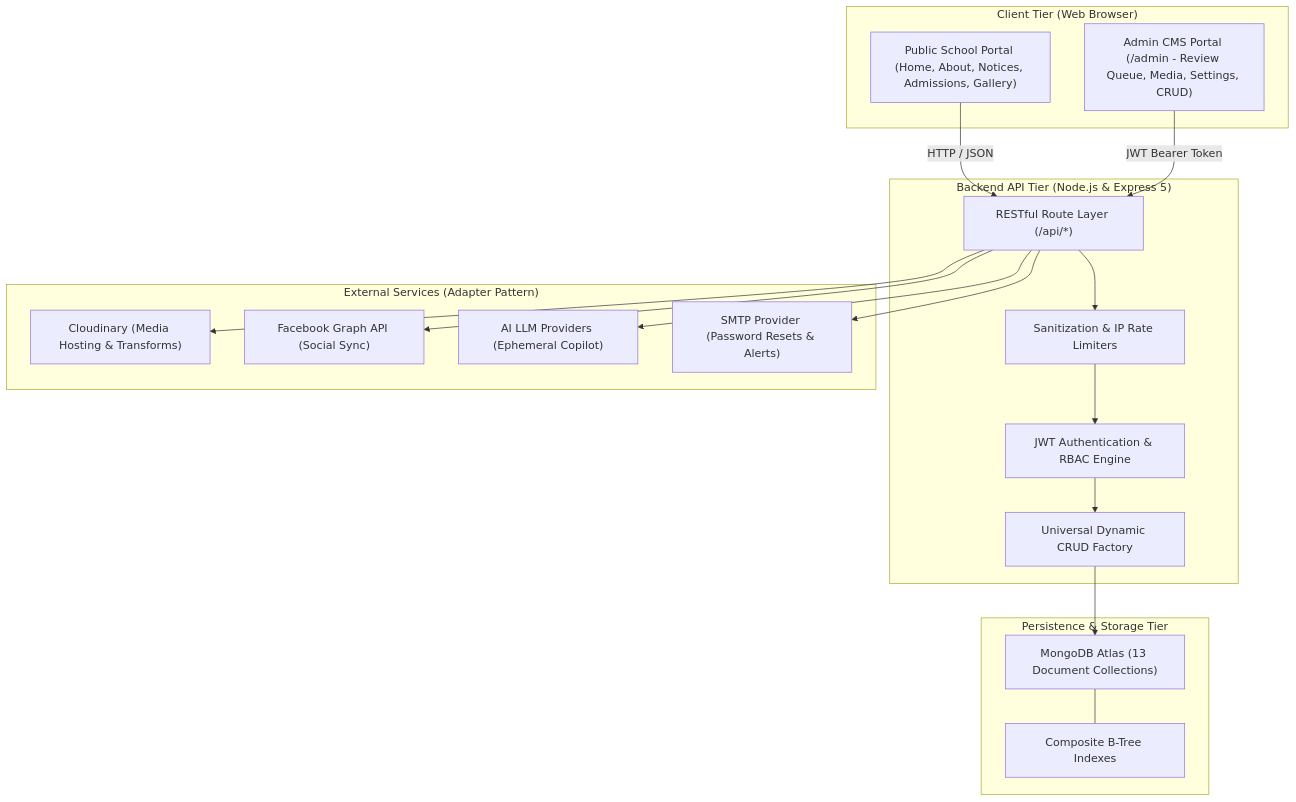
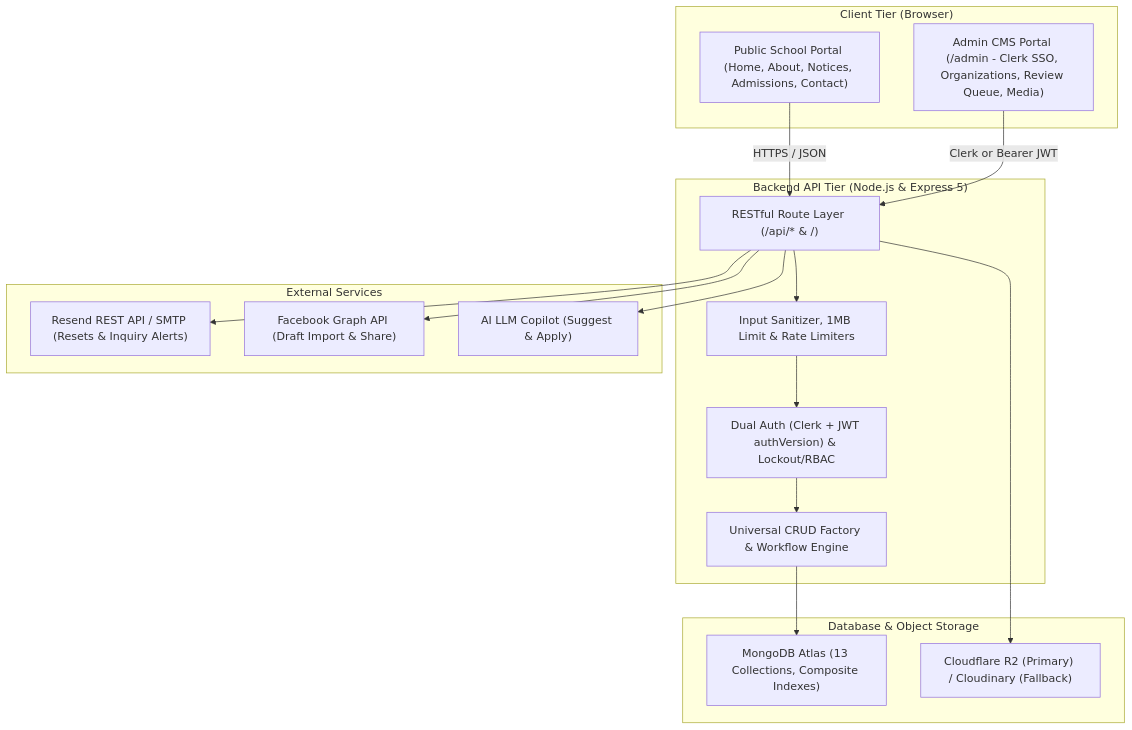
Before and after one commit to saugat97120-eng/kmes-school: the diagram in README.md, drawn with Mermaid. The commit also changed other lines of this file and 1 other file, not shown here.

Commit message:
docs: update README and master project report through Clerk, R2, Resend, domain, and UI/UX work

````diff
--- a/README.md
+++ b/README.md
@@ -33,35 +42,33 @@
 ```mermaid
 flowchart TD
-    subgraph Client["Client Tier (Web Browser)"]
-        Public["Public School Portal (Home, About, Notices, Admissions, Gallery)"]
-        Admin["Admin CMS Portal (/admin - Review Queue, Media, Settings, CRUD)"]
+    subgraph Client["Client Tier (Browser)"]
+        Public["Public School Portal (Home, About, Notices, Admissions, Contact)"]
+        Admin["Admin CMS Portal (/admin - Clerk SSO, Organizations, Review Queue, Media)"]
     end
 
     subgraph API["Backend API Tier (Node.js & Express 5)"]
-        Router["RESTful Route Layer (/api/*)"]
-        Sanitizer["Sanitization & IP Rate Limiters"]
-        AuthMiddleware["JWT Authentication & RBAC Engine"]
-        CRUDFactory["Universal Dynamic CRUD Factory"]
+        Router["RESTful Route Layer (/api/* & /)"]
+        Sanitizer["Input Sanitizer, 1MB Limit & Rate Limiters"]
+        AuthMiddleware["Dual Auth (Clerk + JWT authVersion) & Lockout/RBAC"]
+        CRUDFactory["Universal CRUD Factory & Workflow Engine"]
     end
 
-    subgraph Storage["Persistence & Storage Tier"]
-        MongoDB["MongoDB Atlas (13 Document Collections)"]
-        Indexes["Composite B-Tree Indexes"]
+    subgraph Storage["Database & Object Storage"]
+        MongoDB["MongoDB Atlas (13 Collections, Composite Indexes)"]
+        MediaStore["Cloudflare R2 (Primary) / Cloudinary (Fallback)"]
     end
 
-    subgraph External["External Services (Adapter Pattern)"]
-        Cloudinary["Cloudinary (Media Hosting & Transforms)"]
-        Facebook["Facebook Graph API (Social Sync)"]
-        AI["AI LLM Providers (Ephemeral Copilot)"]
-        SMTP["SMTP Provider (Password Resets & Alerts)"]
+    subgraph External["External Services"]
+        Email["Resend REST API / SMTP (Resets & Inquiry Alerts)"]
+        Facebook["Facebook Graph API (Draft Import & Share)"]
+        AI["AI LLM Copilot (Suggest & Apply)"]
     end
 
-    Public -->|HTTP / JSON| Router
-    Admin -->|JWT Bearer Token| Router
+    Public -->|HTTPS / JSON| Router
+    Admin -->|Clerk or Bearer JWT| Router
     Router --> Sanitizer --> AuthMiddleware --> CRUDFactory --> MongoDB
-    MongoDB --- Indexes
-    Router --> Cloudinary
+    Router --> MediaStore
+    Router --> Email
     Router --> Facebook
     Router --> AI
-    Router --> SMTP
 ```
````
